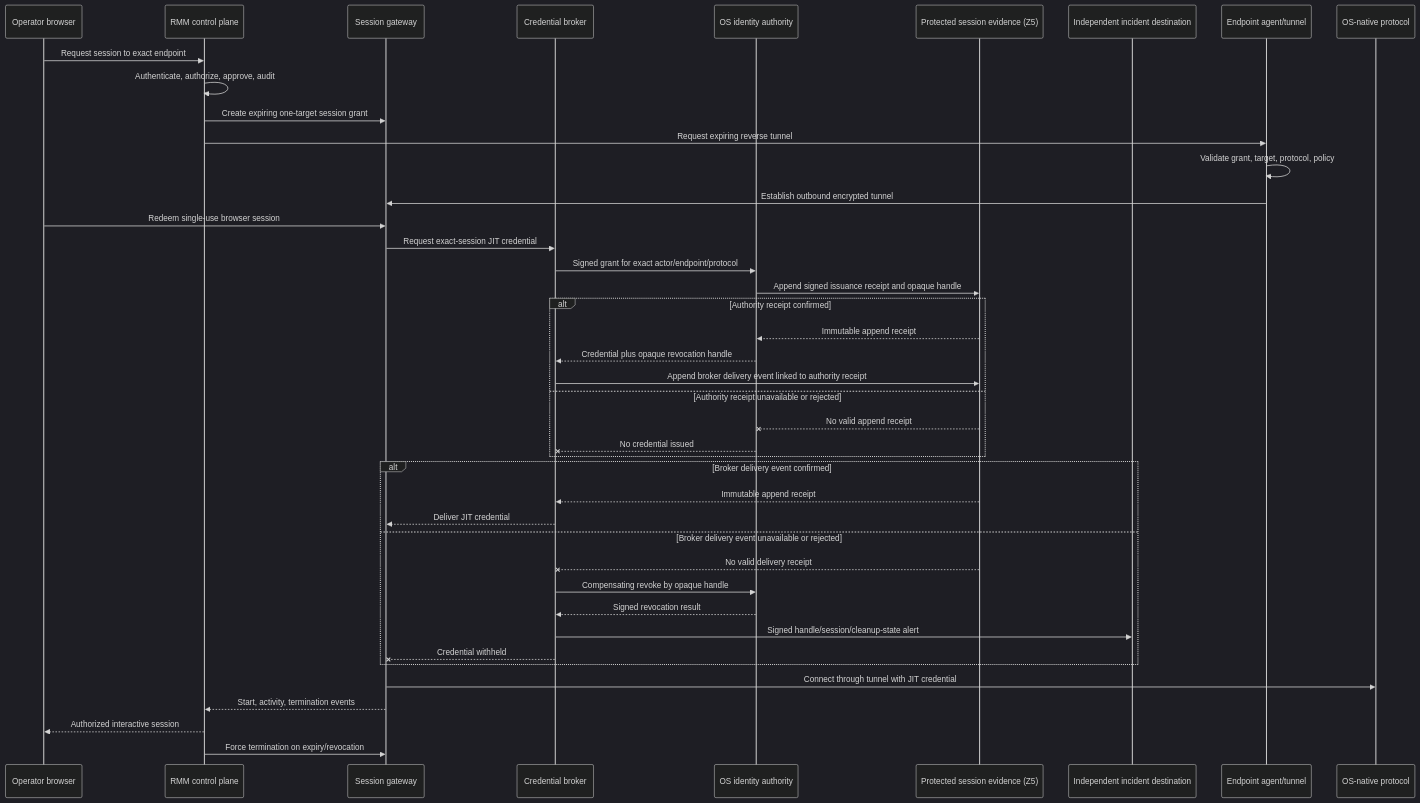
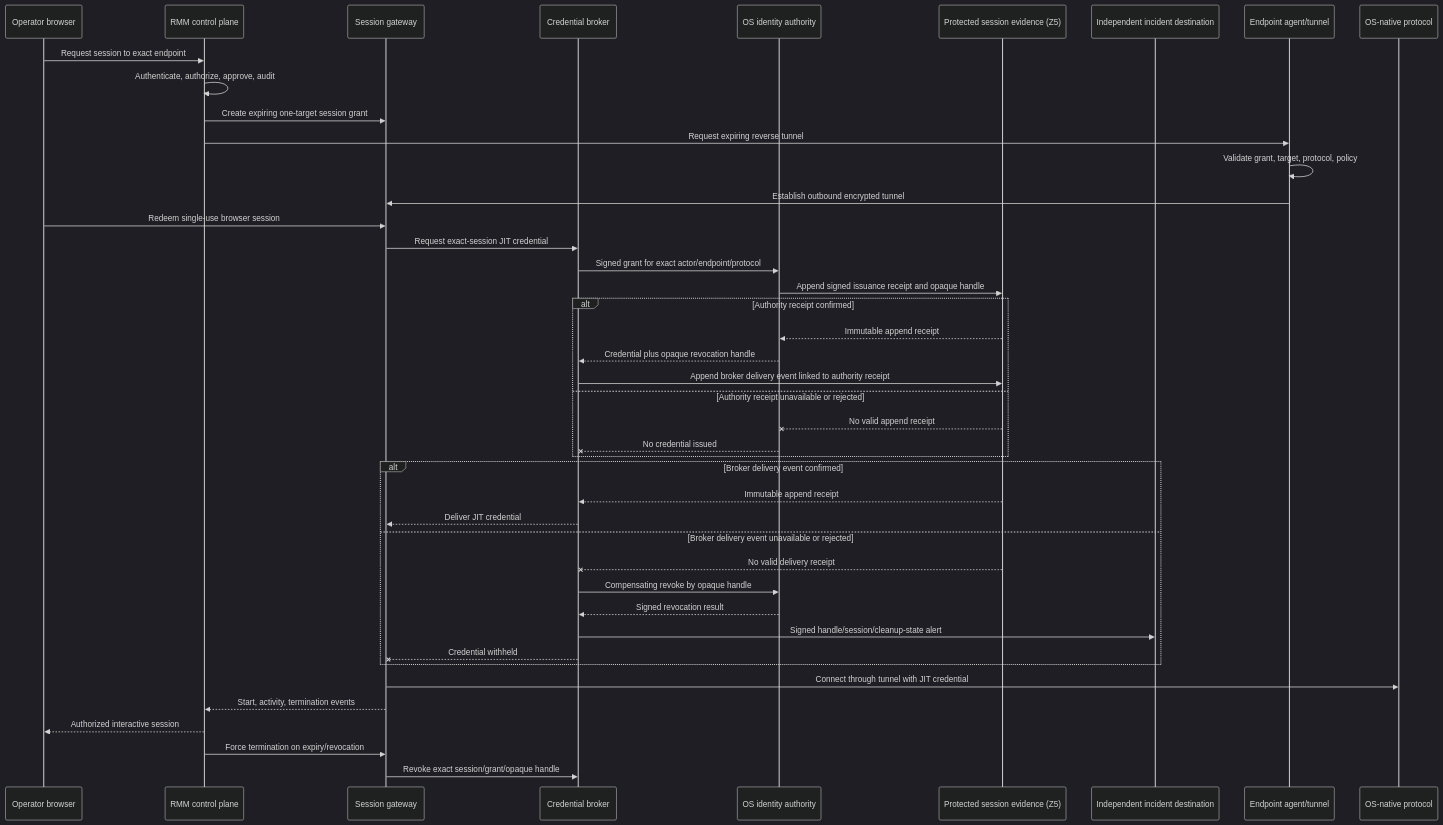
The diagram in docs/architecture/REMOTE_ACCESS.md (Beowxlf/northgate-rmm), drawn with Mermaid (dark theme) before and after one commit. The commit also changed other lines of this file and 6 other files, not shown here.

````diff
--- a/docs/architecture/REMOTE_ACCESS.md
+++ b/docs/architecture/REMOTE_ACCESS.md
@@ -24,44 +24,45 @@
 ```mermaid
 sequenceDiagram
   participant O as Operator browser
   participant C as RMM control plane
   participant G as Session gateway
   participant B as Credential broker
   participant I as OS identity authority
   participant E as Protected session evidence (Z5)
   participant X as Independent incident destination
   participant A as Endpoint agent/tunnel
   participant P as OS-native protocol
   O->>C: Request session to exact endpoint
   C->>C: Authenticate, authorize, approve, audit
   C->>G: Create expiring one-target session grant
   C->>A: Request expiring reverse tunnel
   A->>A: Validate grant, target, protocol, policy
   A->>G: Establish outbound encrypted tunnel
   O->>G: Redeem single-use browser session
   G->>B: Request exact-session JIT credential
   B->>I: Signed grant for exact actor/endpoint/protocol
   I->>E: Append signed issuance receipt and opaque handle
   alt Authority receipt confirmed
     E-->>I: Immutable append receipt
     I-->>B: Credential plus opaque revocation handle
     B->>E: Append broker delivery event linked to authority receipt
   else Authority receipt unavailable or rejected
     E--xI: No valid append receipt
     I--xB: No credential issued
   end
   alt Broker delivery event confirmed
     E-->>B: Immutable append receipt
     B-->>G: Deliver JIT credential
   else Broker delivery event unavailable or rejected
     E--xB: No valid delivery receipt
     B->>I: Compensating revoke by opaque handle
     I-->>B: Signed revocation result
     B->>X: Signed handle/session/cleanup-state alert
     B--xG: Credential withheld
   end
   G->>P: Connect through tunnel with JIT credential
   G-->>C: Start, activity, termination events
   C-->>O: Authorized interactive session
   C->>G: Force termination on expiry/revocation
+  G->>B: Revoke exact session/grant/opaque handle
 ```
````
